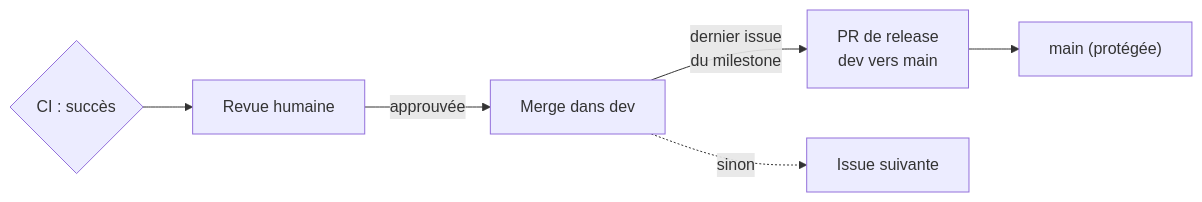
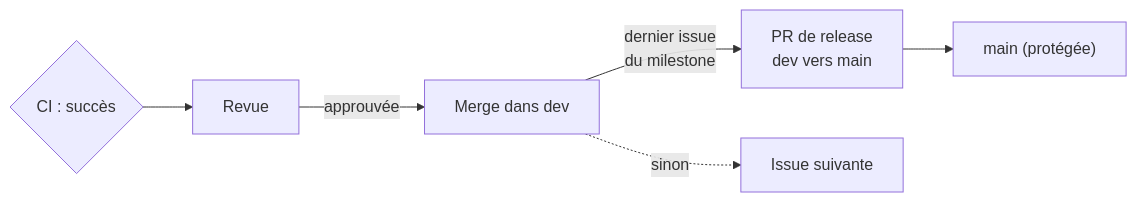
Before and after one commit to alaugier/datacore: the second of 2 diagrams in docs/architecture/supervision_projet.md, drawn with Mermaid. The commit also changed 37 other files, not shown here.

````diff
--- a/docs/architecture/supervision_projet.md
+++ b/docs/architecture/supervision_projet.md
@@ -351,8 +351,8 @@
 ```mermaid
 flowchart LR
-    CI2{"CI : succès"} --> REVIEW["Revue humaine"]
+    CI2{"CI : succès"} --> REVIEW["Revue"]
     REVIEW -->|"approuvée"| MERGE["Merge dans dev"]
     MERGE -->|"dernier issue<br/>du milestone"| RELEASE["PR de release<br/>dev vers main"]
     RELEASE --> MAINB["main (protégée)"]
     MERGE -.->|"sinon"| NEXT["Issue suivante"]
 ```
````
